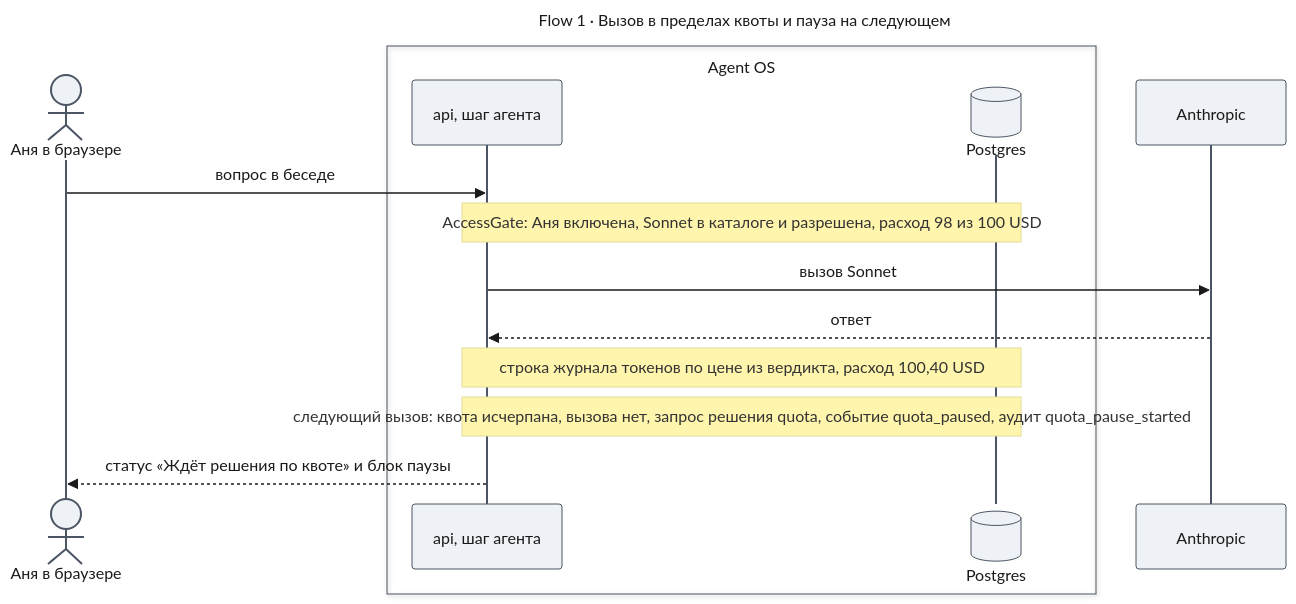
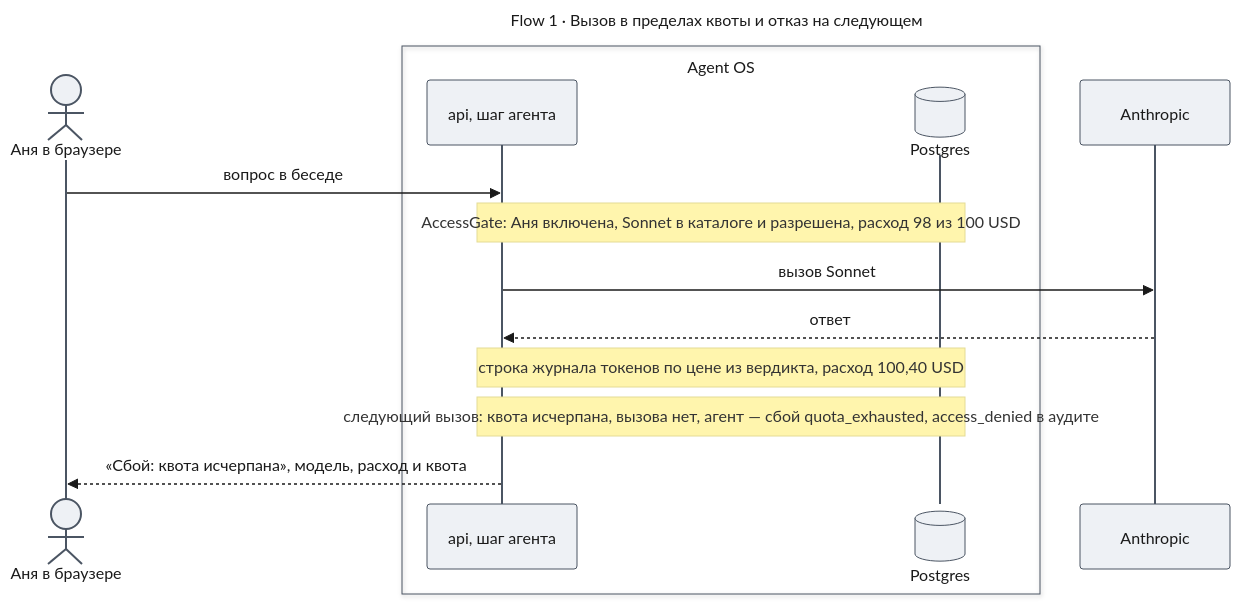
Before and after one commit to tundraray/agent-os: the fifth of 6 diagrams in docs/features/enterprise-access/design-access.md, drawn with Mermaid. The commit also changed other lines of this file and 2 other files, not shown here.

Commit message:
docs(enterprise-access): replace the quota pause with a per-agent check in the access design

````diff
--- a/docs/features/enterprise-access/design-access.md
+++ b/docs/features/enterprise-access/design-access.md
@@ -518,34 +429,34 @@
 ```mermaid
 ---
-title: "Flow 1 · Вызов в пределах квоты и пауза на следующем"
+title: "Flow 1 · Вызов в пределах квоты и отказ на следующем"
 config:
   theme: base
   look: classic
   themeVariables:
     primaryColor: "#eef1f5"
     primaryBorderColor: "#4b5563"
     primaryTextColor: "#1a1a1a"
     lineColor: "#6b7280"
   themeCSS: |
     @keyframes lit_af1{0%,22.5%{stroke:#991b1b;stroke-width:6px}25%,100%{stroke:#37474f;stroke-width:2px}}
     @keyframes litr_af1{0%,22.5%{stroke:#1d4ed8;stroke-width:6px}25%,100%{stroke:#37474f;stroke-width:2px}}
     .messageLine0[data-id='i0'],.messageLine1[data-id='i0']{animation:lit_af1 4.8s linear 0s infinite}
     .messageLine0[data-id='i2'],.messageLine1[data-id='i2']{animation:lit_af1 4.8s linear 1.2s infinite}
     .messageLine0[data-id='i3'],.messageLine1[data-id='i3']{animation:litr_af1 4.8s linear 2.4s infinite}
     .messageLine0[data-id='i6'],.messageLine1[data-id='i6']{animation:litr_af1 4.8s linear 3.6s infinite}
 ---
 sequenceDiagram
     actor U as Аня в браузере
     box Agent OS
     participant A as api, шаг агента
     participant DB@{ "type": "database" } as Postgres
     end
     participant L as Anthropic
     U->>A: вопрос в беседе
     Note over A,DB: AccessGate: Аня включена, Sonnet в каталоге и разрешена, расход 98 из 100 USD
     A->>L: вызов Sonnet
     L-->>A: ответ
     Note over A,DB: строка журнала токенов по цене из вердикта, расход 100,40 USD
-    Note over A,DB: следующий вызов: квота исчерпана, вызова нет, запрос решения quota, событие quota_paused, аудит quota_pause_started
-    A-->>U: статус «Ждёт решения по квоте» и блок паузы
+    Note over A,DB: следующий вызов: квота исчерпана, вызова нет, агент — сбой quota_exhausted, access_denied в аудите
+    A-->>U: «Сбой: квота исчерпана», модель, расход и квота
 ```
````
